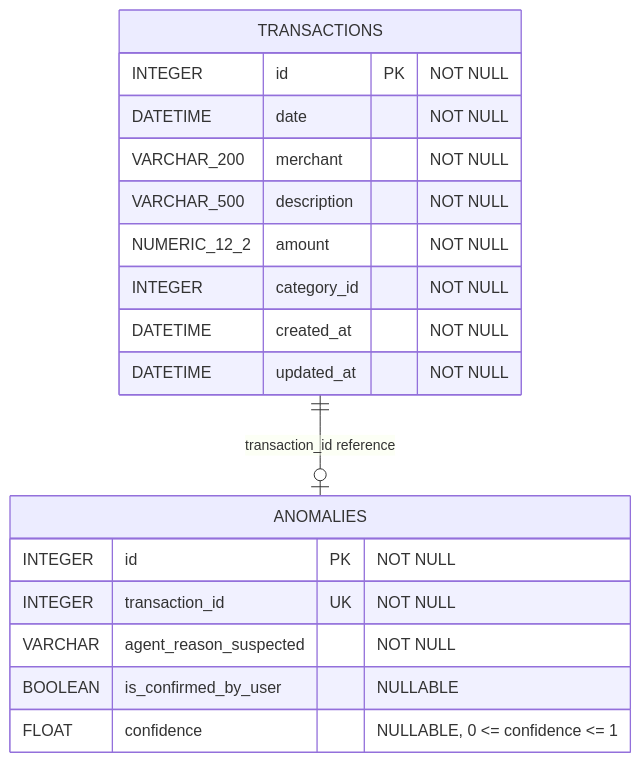
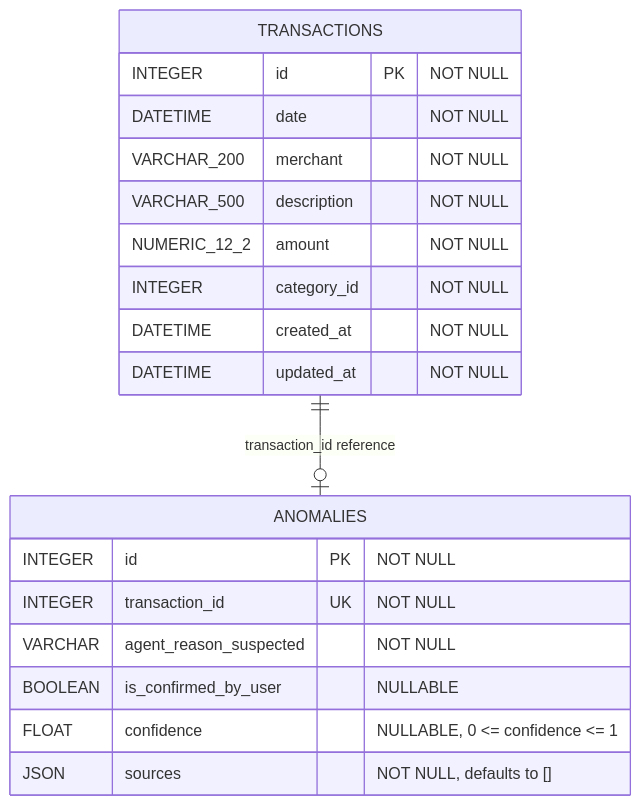
The third of 3 diagrams in aiden/database/README.md (David-S-22/ASD-Spring-2026), drawn with Mermaid before and after one commit. The commit also changed other lines of this file and 22 other files, not shown here.

````diff
--- a/aiden/database/README.md
+++ b/aiden/database/README.md
@@ -113,23 +117,24 @@
 ```mermaid
 erDiagram
     TRANSACTIONS ||--o| ANOMALIES : "transaction_id reference"
 
     TRANSACTIONS {
         INTEGER id PK "NOT NULL"
         DATETIME date "NOT NULL"
         VARCHAR_200 merchant "NOT NULL"
         VARCHAR_500 description "NOT NULL"
         NUMERIC_12_2 amount "NOT NULL"
         INTEGER category_id "NOT NULL"
         DATETIME created_at "NOT NULL"
         DATETIME updated_at "NOT NULL"
     }
 
     ANOMALIES {
         INTEGER id PK "NOT NULL"
         INTEGER transaction_id UK "NOT NULL"
         VARCHAR agent_reason_suspected "NOT NULL"
         BOOLEAN is_confirmed_by_user "NULLABLE"
         FLOAT confidence "NULLABLE, 0 <= confidence <= 1"
+        JSON sources "NOT NULL, defaults to []"
     }
 ```
````
